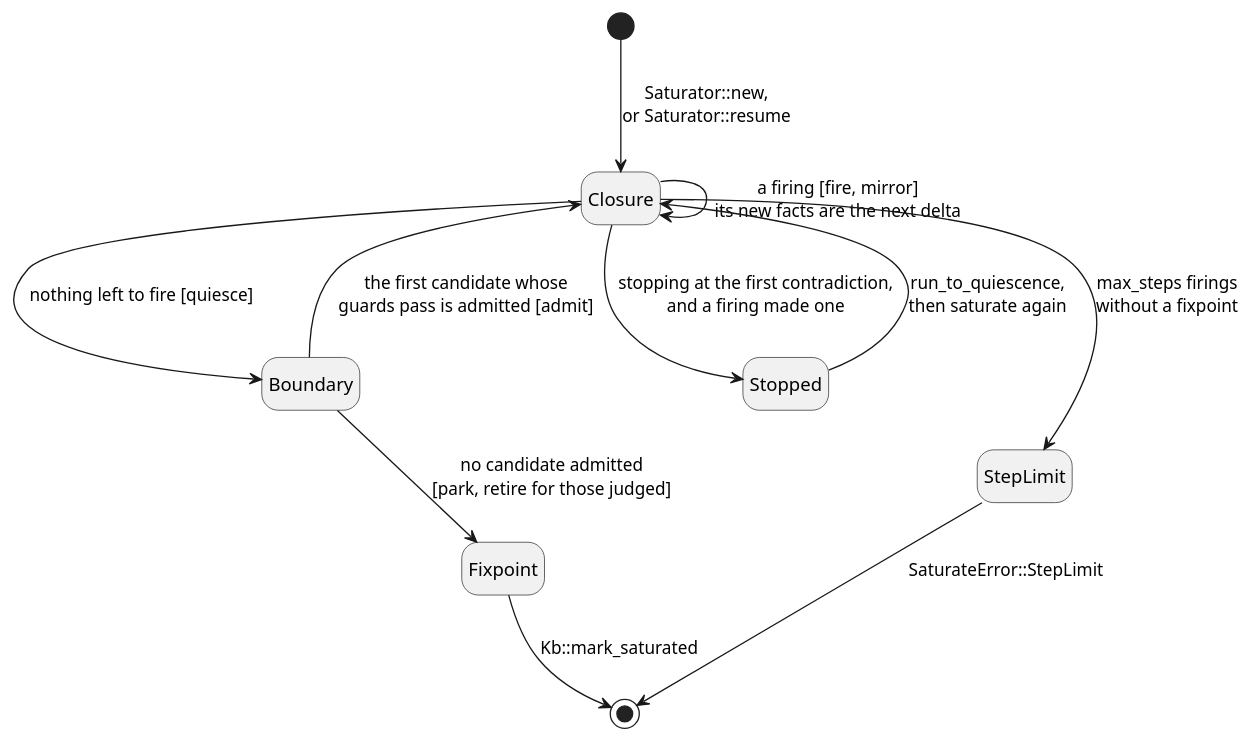
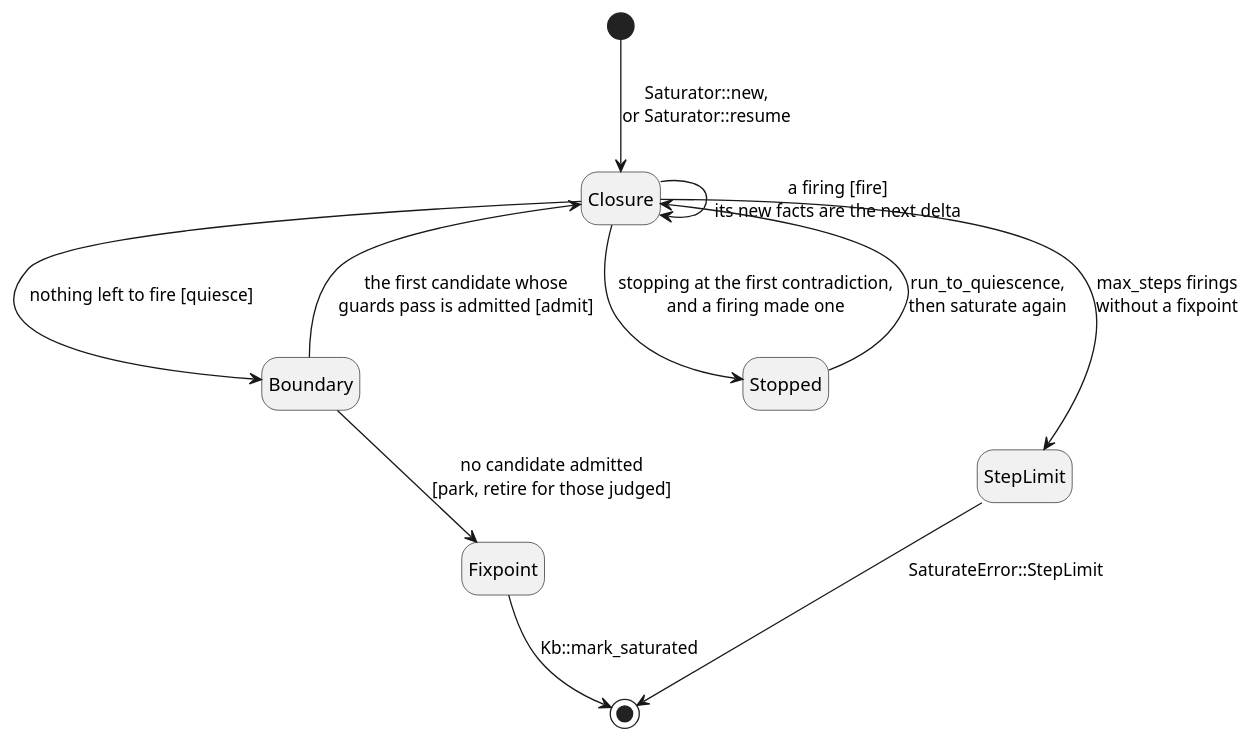
The diagram in docs/ein/ein.rs/03-design/diagrams/06-two-phases.puml (agutikov/ein), drawn with PlantUML before and after one commit. The commit also changed 94 other files, not shown here.

```diff
--- a/docs/ein/ein.rs/03-design/diagrams/06-two-phases.puml
+++ b/docs/ein/ein.rs/03-design/diagrams/06-two-phases.puml
@@ -1,13 +1,13 @@
 @startuml
 hide empty description
 [*] --> Closure : Saturator::new,\nor Saturator::resume
-Closure --> Closure : a firing [fire, mirror]\nits new facts are the next delta
+Closure --> Closure : a firing [fire]\nits new facts are the next delta
 Closure --> Boundary : nothing left to fire [quiesce]
 Boundary --> Closure : the first candidate whose\nguards pass is admitted [admit]
 Boundary --> Fixpoint : no candidate admitted\n[park, retire for those judged]
 Fixpoint --> [*] : Kb::mark_saturated
 Closure --> Stopped : stopping at the first contradiction,\nand a firing made one
 Stopped --> Closure : run_to_quiescence,\nthen saturate again
 Closure --> StepLimit : max_steps firings\nwithout a fixpoint
 StepLimit --> [*] : SaturateError::StepLimit
 @enduml
```
